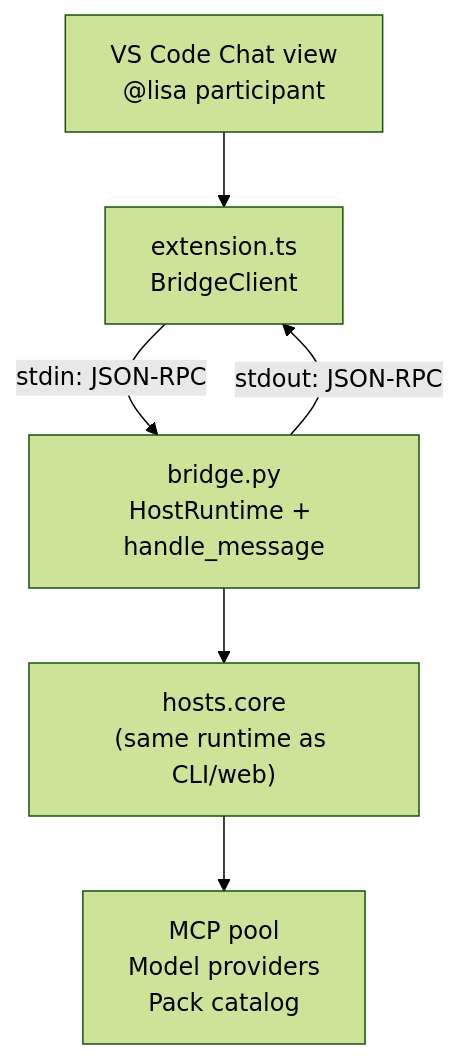
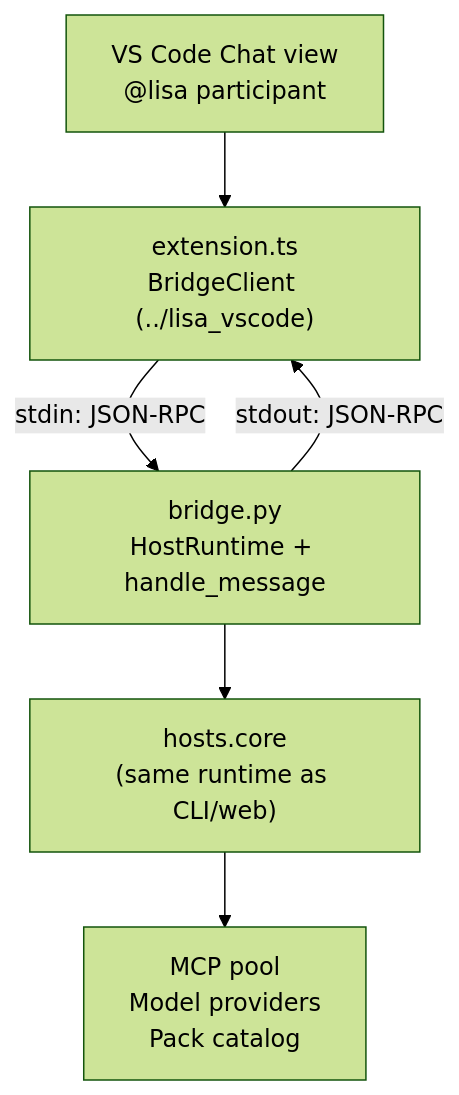
Before and after one commit to Lisa-Harness/lisa: the diagram in docs/VSCODE_HOST_GUIDE.md, drawn with Mermaid (forest theme). The commit also changed other lines of this file and 7 other files, not shown here.

First line of the commit message:
Move VS Code extension shell to sibling repo lisa_vscode

````diff
--- a/docs/VSCODE_HOST_GUIDE.md
+++ b/docs/VSCODE_HOST_GUIDE.md
@@ -22,8 +25,8 @@
 ```mermaid
 flowchart TD
-  A["VS Code Chat view<br/>@lisa participant"] --> B["extension.ts<br/>BridgeClient"]
+  A["VS Code Chat view<br/>@lisa participant"] --> B["extension.ts<br/>BridgeClient (../lisa_vscode)"]
   B -->|"stdin: JSON-RPC"| C["bridge.py<br/>HostRuntime + handle_message"]
   C -->|"stdout: JSON-RPC"| B
   C --> D["hosts.core<br/>(same runtime as CLI/web)"]
   D --> E["MCP pool<br/>Model providers<br/>Pack catalog"]
 ```
````
